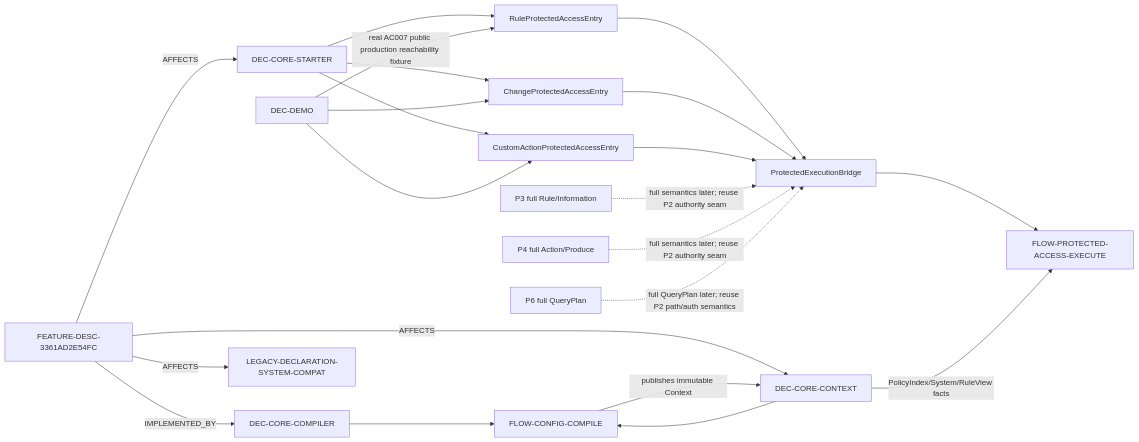
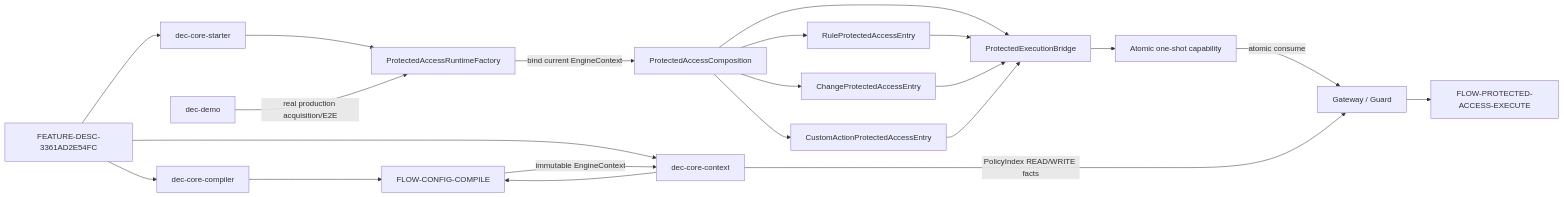
One commit to szlwin/doc-eq-code-Dgremlin changed the diagram in project_doc/docs/_relations/dependency_graph.md. Above: the diagram before and after it, drawn with Mermaid. The commit also changed other lines of this file, not shown here.

Commit message:
docs(p2): update cross-module graph

````diff
--- a/project_doc/docs/_relations/dependency_graph.md
+++ b/project_doc/docs/_relations/dependency_graph.md
@@ -11,42 +11,39 @@
 ```mermaid
 flowchart LR
   F[FEATURE-DESC-3361AD2E54FC]
-  C[DEC-CORE-COMPILER]
-  X[DEC-CORE-CONTEXT]
-  S[DEC-CORE-STARTER]
-  D[DEC-DEMO]
-  L[LEGACY-DECLARATION-SYSTEM-COMPAT]
+  C[dec-core-compiler]
+  X[dec-core-context]
+  S[dec-core-starter]
+  D[dec-demo]
   FC[FLOW-CONFIG-COMPILE]
   FR[FLOW-PROTECTED-ACCESS-EXECUTE]
+  PF[ProtectedAccessRuntimeFactory]
+  PC[ProtectedAccessComposition]
   R[RuleProtectedAccessEntry]
   CH[ChangeProtectedAccessEntry]
   A[CustomActionProtectedAccessEntry]
   B[ProtectedExecutionBridge]
-  P3[P3 full Rule/Information]
-  P4[P4 full Action/Produce]
-  P6[P6 full QueryPlan]
+  CAP[Atomic one-shot capability]
+  G[Gateway / Guard]
 
-  F -->|IMPLEMENTED_BY| C
-  F -->|AFFECTS| X
-  F -->|AFFECTS| S
-  F -->|AFFECTS| L
+  F --> C
+  F --> X
+  F --> S
   C --> FC
   X --> FC
-  FC -->|publishes immutable Context| X
-
-  S --> R
-  S --> CH
-  S --> A
+  FC -->|immutable EngineContext| X
+  S --> PF
+  PF -->|bind current EngineContext| PC
+  PC --> B
+  PC --> R
+  PC --> CH
+  PC --> A
   R --> B
   CH --> B
   A --> B
-  B --> FR
-  X -->|PolicyIndex/System/RuleView facts| FR
-  D -->|real AC007 public production reachability fixture| R
-  D --> CH
-  D --> A
-
-  P3 -. full semantics later; reuse P2 authority seam .-> B
-  P4 -. full semantics later; reuse P2 authority seam .-> B
-  P6 -. full QueryPlan later; reuse P2 path/auth semantics .-> B
+  B --> CAP
+  CAP -->|atomic consume| G
+  X -->|PolicyIndex READ/WRITE facts| G
+  D -->|real production acquisition/E2E| PF
+  G --> FR
 ```
````
